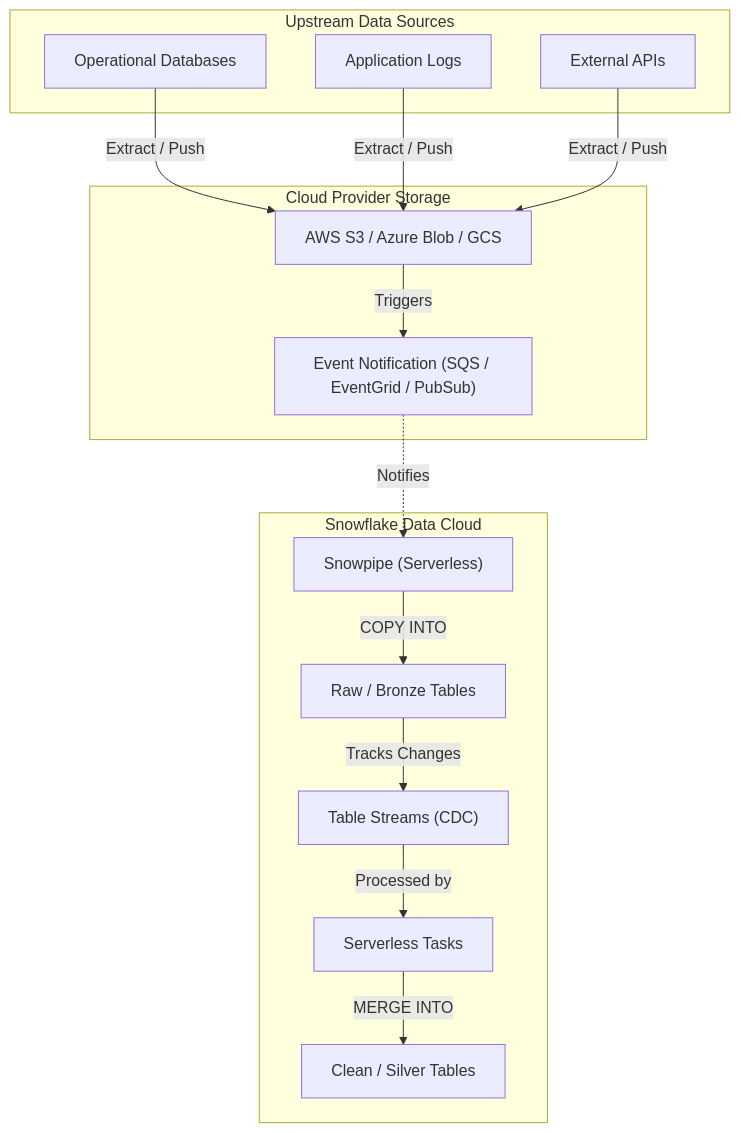
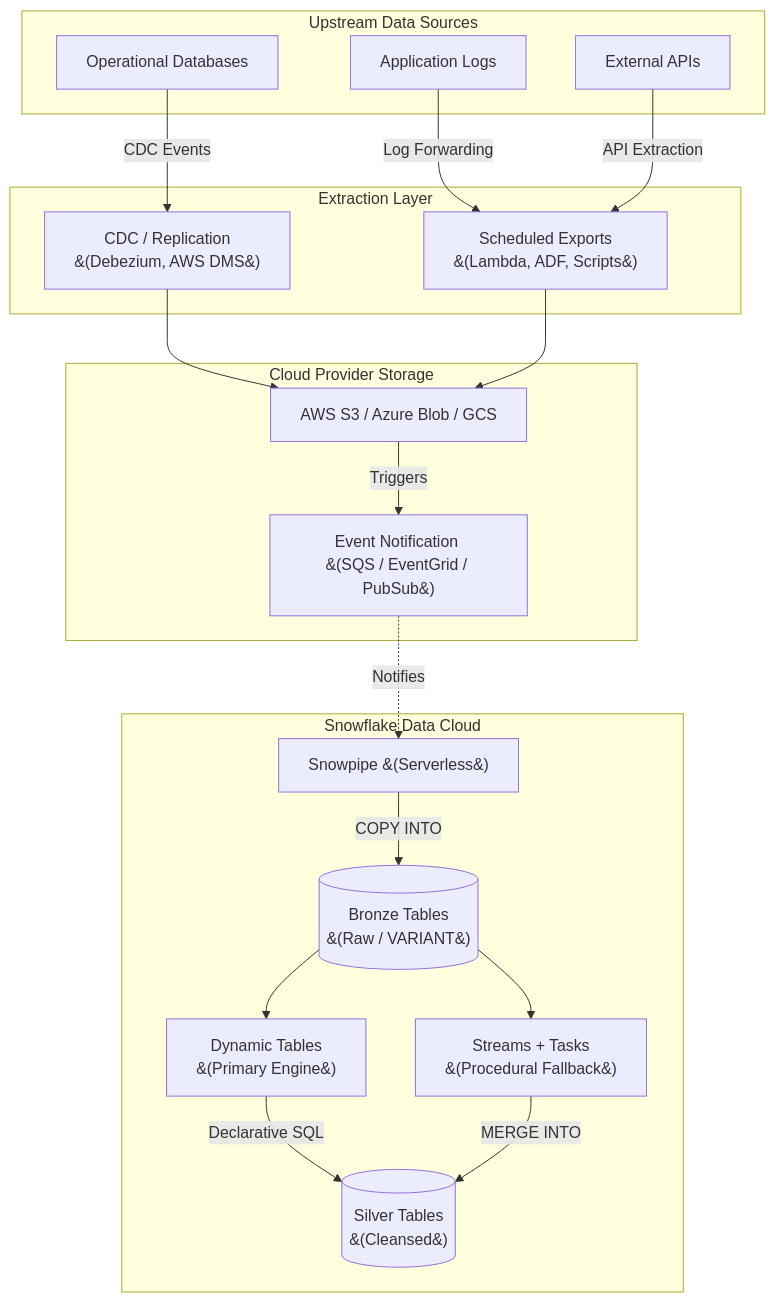
One commit to toanbui626391/data_architect changed the diagram in snowflake/ingestion_architecture_document.md. Above: the diagram before and after it, drawn with Mermaid. The commit also changed other lines of this file and 2 other files, not shown here.

Commit message:
update solution architect documents

````diff
--- a/snowflake/ingestion_architecture_document.md
+++ b/snowflake/ingestion_architecture_document.md
@@ -22,33 +22,39 @@
 ```mermaid
-graph TD
-    subgraph Upstream Data Sources
+flowchart TD
+    subgraph Sources [Upstream Data Sources]
         DB["Operational Databases"]
         App["Application Logs"]
         API["External APIs"]
     end
 
-    subgraph Cloud Provider Storage
+    subgraph ExtractionLayer [Extraction Layer]
+        CDC["CDC / Replication <br>&#40;Debezium, AWS DMS&#41;"]
+        Export["Scheduled Exports <br>&#40;Lambda, ADF, Scripts&#41;"]
+    end
+
+    subgraph CloudStorage [Cloud Provider Storage]
         S3["AWS S3 / Azure Blob / GCS"]
-        Event["Event Notification (SQS / EventGrid / PubSub)"]
-        
+        Event["Event Notification <br>&#40;SQS / EventGrid / PubSub&#41;"]
         S3 -->|Triggers| Event
     end
 
-    subgraph Snowflake Data Cloud
-        Pipe["Snowpipe (Serverless)"]
-        Raw["Raw / Bronze Tables"]
-        Stream["Table Streams (CDC)"]
-        Clean["Clean / Silver Tables"]
-        Task["Serverless Tasks"]
-        
+    subgraph SnowflakeCloud [Snowflake Data Cloud]
+        Pipe["Snowpipe &#40;Serverless&#41;"]
+        Raw[("Bronze Tables <br>&#40;Raw / VARIANT&#41;")]
+        DT["Dynamic Tables <br>&#40;Primary Engine&#41;"]
+        StreamTask["Streams + Tasks <br>&#40;Procedural Fallback&#41;"]
+        Clean[("Silver Tables <br>&#40;Cleansed&#41;")]
         Pipe -->|COPY INTO| Raw
-        Raw -->|Tracks Changes| Stream
-        Stream -->|Processed by| Task
-        Task -->|MERGE INTO| Clean
+        Raw --> DT
+        Raw --> StreamTask
+        DT -->|Declarative SQL| Clean
+        StreamTask -->|MERGE INTO| Clean
     end
 
-    DB -->|Extract / Push| S3
-    App -->|Extract / Push| S3
-    API -->|Extract / Push| S3
+    DB -->|CDC Events| CDC
+    App -->|Log Forwarding| Export
+    API -->|API Extraction| Export
+    CDC --> S3
+    Export --> S3
     Event -. Notifies .-> Pipe
 ```
````
